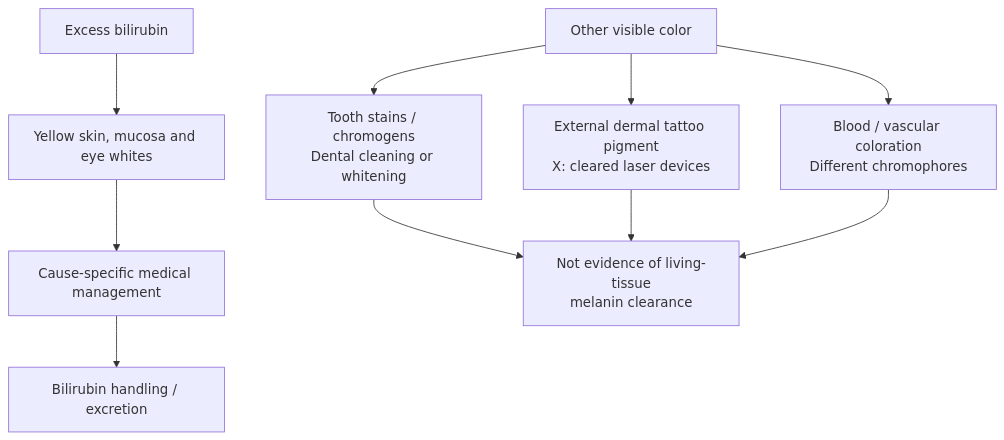
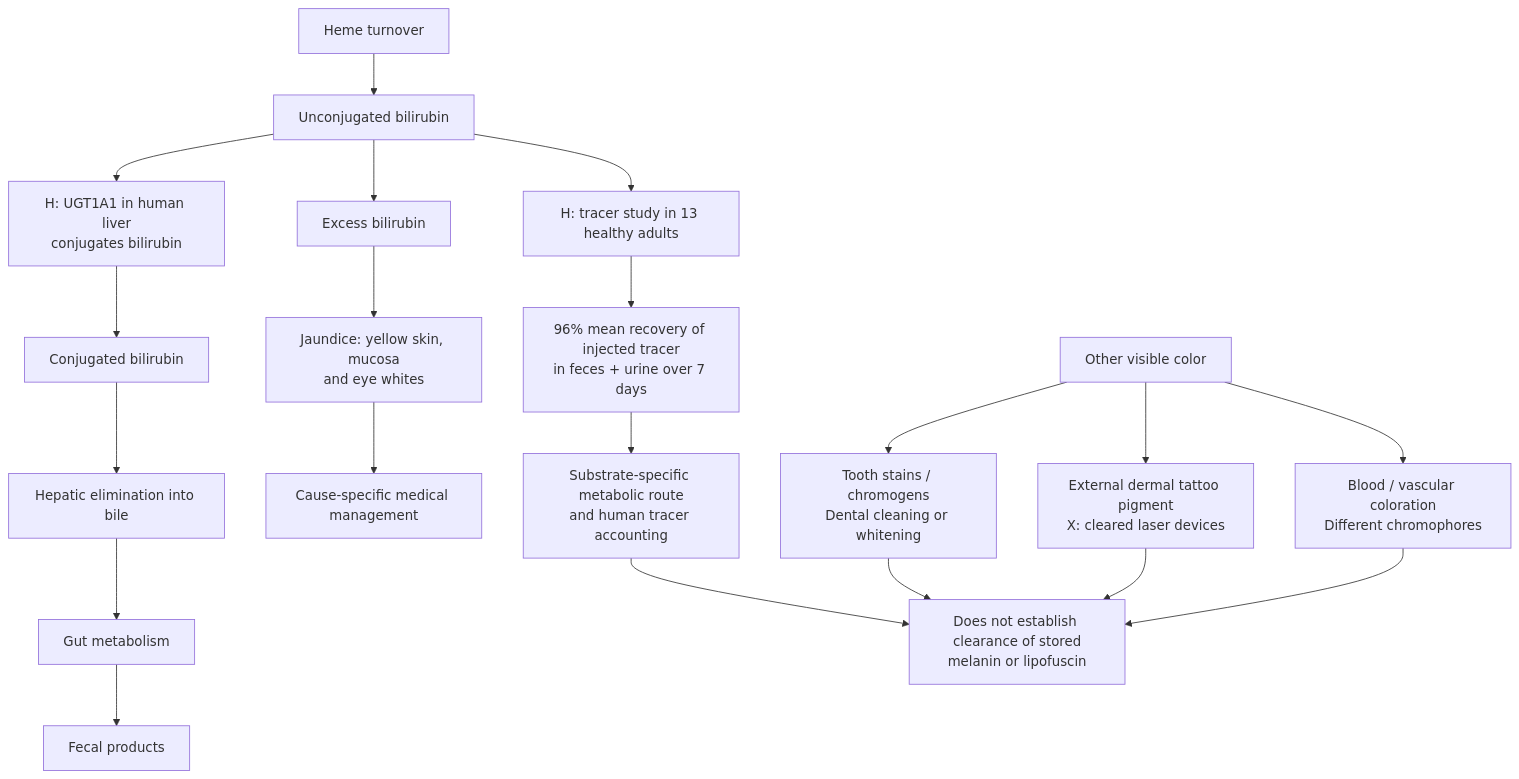
Before and after one commit to dylanstechmann/iris-color-without-contacts: diagram 15 of 16 in research/tissue-pigment-atlas.md, drawn with Mermaid. The commit also changed other lines of this file, not shown here.

Commit message:
Add human bilirubin tracer comparator to pigment atlas

````diff
--- a/research/tissue-pigment-atlas.md
+++ b/research/tissue-pigment-atlas.md
@@ -330,12 +330,22 @@
 ```mermaid
 flowchart TD
-    B["Excess bilirubin"] --> Y["Yellow skin, mucosa and eye whites"]
-    Y --> C["Cause-specific medical management"]
-    C --> E["Bilirubin handling / excretion"]
-    O["Other visible color"] --> T["Tooth stains / chromogens<br/>Dental cleaning or whitening"]
-    O --> X["External dermal tattoo pigment<br/>X: cleared laser devices"]
+    H["Heme turnover"] --> B["Unconjugated bilirubin"]
+    B --> U["H: UGT1A1 in human liver<br/>conjugates bilirubin"]
+    U --> C["Conjugated bilirubin"]
+    C --> L["Hepatic elimination into bile"]
+    L --> G["Gut metabolism"]
+    G --> F["Fecal products"]
+    B --> T["H: tracer study in 13 healthy adults"]
+    T --> R["96% mean recovery of injected tracer<br/>in feces + urine over 7 days"]
+    B --> J["Excess bilirubin"]
+    J --> Y["Jaundice: yellow skin, mucosa<br/>and eye whites"]
+    Y --> M["Cause-specific medical management"]
+    R --> S["Substrate-specific metabolic route<br/>and human tracer accounting"]
+    S --> X["Does not establish clearance of stored<br/>melanin or lipofuscin"]
+    O["Other visible color"] --> D["Tooth stains / chromogens<br/>Dental cleaning or whitening"]
+    O --> P["External dermal tattoo pigment<br/>X: cleared laser devices"]
     O --> V["Blood / vascular coloration<br/>Different chromophores"]
-    T --> G["Not evidence of living-tissue<br/>melanin clearance"]
-    X --> G
-    V --> G
+    D --> X
+    P --> X
+    V --> X
 ```
````
